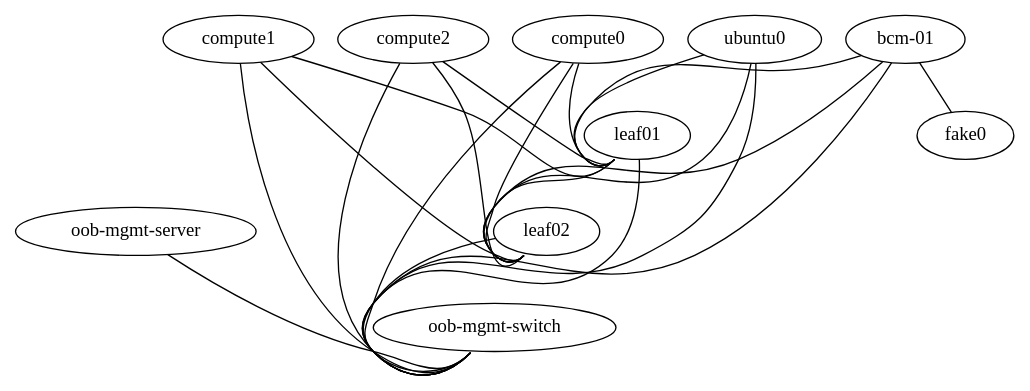
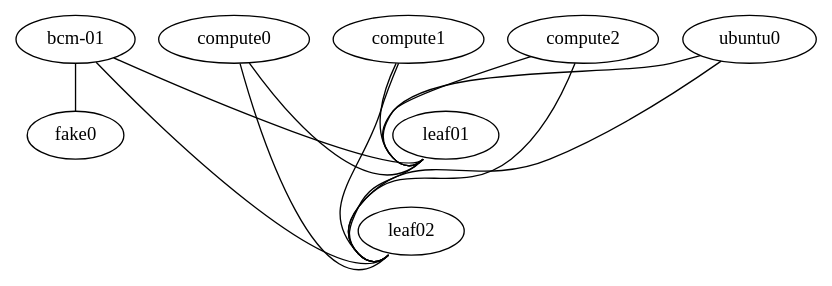
One commit to twilson217/bcm-in-nvidia-air changed the diagram in topologies/test-bcm.dot. Above: the diagram before and after it, drawn with Graphviz. The commit also changed 2 other files, not shown here.

Commit message:
Add JSON topology format support with oob:false
New JSON topology file:
- topologies/test-bcm.json with oob:false on all nodes and at content level
- bcm-01:eth0 connected to 'outbound' for direct SSH access
- No automatic OOB management - full control over topology

Script changes:
- Support both .json and .dot topology files
- Default changed to test-bcm.json (supports oob:false)
- New --topology argument (--dot-file still works as alias)
- detect_bcm_nodes_json() for JSON format node detection
- Refactored create_simulation() for both formats

JSON format key benefits:
- 'oob': false at content level disables auto OOB
- 'oob': false on each node prevents OOB interface reservation
- eth0 can be used for outbound connections
- Direct SSH to bcm-01 without ProxyJump

```diff
--- a/topologies/test-bcm.dot
+++ b/topologies/test-bcm.dot
@@ -1,36 +1,25 @@
 graph "bcm-air-poc" {
-  "oob-mgmt-server" [function="oob-server" cpu="2" memory="2048"]
-  "oob-mgmt-switch" [function="oob-switch" mgmt_ip="192.168.200.251"]
   "fake0" [function="fake" os="generic/ubuntu2204"]
   
   "bcm-01" [memory="8192" os="generic/ubuntu2404" cpu="4" cpu_mode="host-model" storage="200" mgmt_ip="192.168.200.254"]
   "compute0" [function="server" memory="2048" os="pxe" cpu="2" boot="network" cpu_mode="host-model" storage="20" mgmt_ip="192.168.200.14"]
   "compute1" [function="server" memory="2048" os="pxe" cpu="2" boot="network" cpu_mode="host-model" storage="20" mgmt_ip="192.168.200.15"]
   "compute2" [function="server" memory="2048" os="pxe" cpu="2" boot="network" cpu_mode="host-model" storage="20" mgmt_ip="192.168.200.16"]
   "ubuntu0" [function="server" memory="1024" os="generic/ubuntu2204" cpu="1" mgmt_ip="192.168.200.10"]
   "leaf01" [function="leaf" memory="4096" os="cumulus-vx-5.15.0" cpu="3" mgmt_ip="192.168.200.12"]
   "leaf02" [function="leaf" memory="4096" os="cumulus-vx-5.15.0" cpu="3" mgmt_ip="192.168.200.13"]
 
-  "oob-mgmt-server":"eth1" -- "oob-mgmt-switch":"swp1"
-  "bcm-01":"eth0" -- "oob-mgmt-switch":"swp2"
-  "ubuntu0":"eth0" -- "oob-mgmt-switch":"swp3"
-  "leaf01":"eth0" -- "oob-mgmt-switch":"swp4"
-  "leaf02":"eth0" -- "oob-mgmt-switch":"swp5"
-  "compute0":"eth0" -- "oob-mgmt-switch":"swp6"
-  "compute1":"eth0" -- "oob-mgmt-switch":"swp7"
-  "compute2":"eth0" -- "oob-mgmt-switch":"swp8"
-  
   "bcm-01":"eth1" -- "fake0":"outbound"
   
   "leaf01":"swp51" -- "leaf02":"swp51"
   "ubuntu0":"eth1" -- "leaf01":"swp1"
   "ubuntu0":"eth2" -- "leaf02":"swp1"
   "compute0":"eth1" -- "leaf01":"swp2"
   "compute0":"eth2" -- "leaf02":"swp2"
   "compute1":"eth1" -- "leaf01":"swp3"
   "compute1":"eth2" -- "leaf02":"swp3"
   "compute2":"eth1" -- "leaf01":"swp4"
   "compute2":"eth2" -- "leaf02":"swp4"
   "bcm-01":"eth2" -- "leaf01":"swp5"
   "bcm-01":"eth3" -- "leaf02":"swp5"
 }
```
